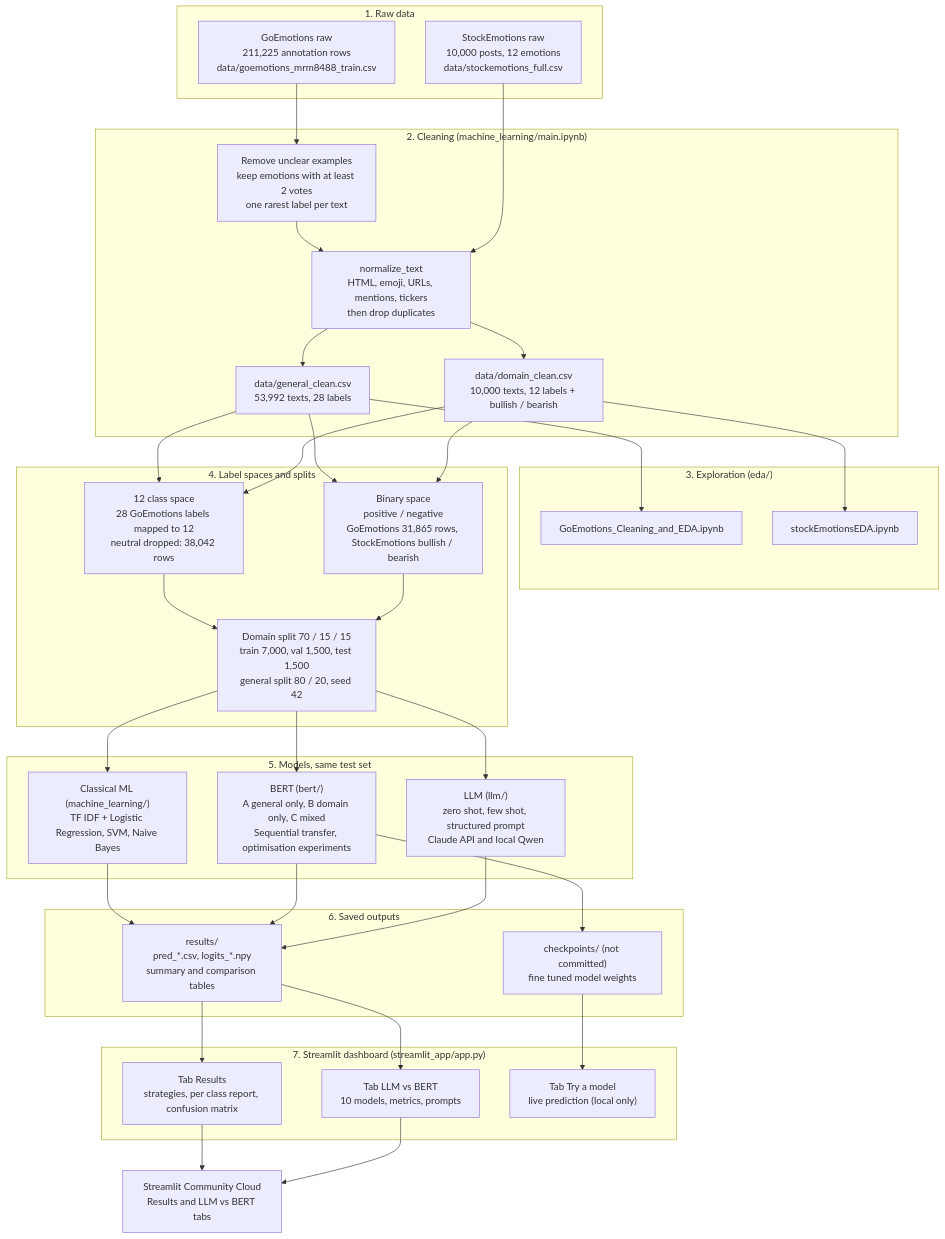
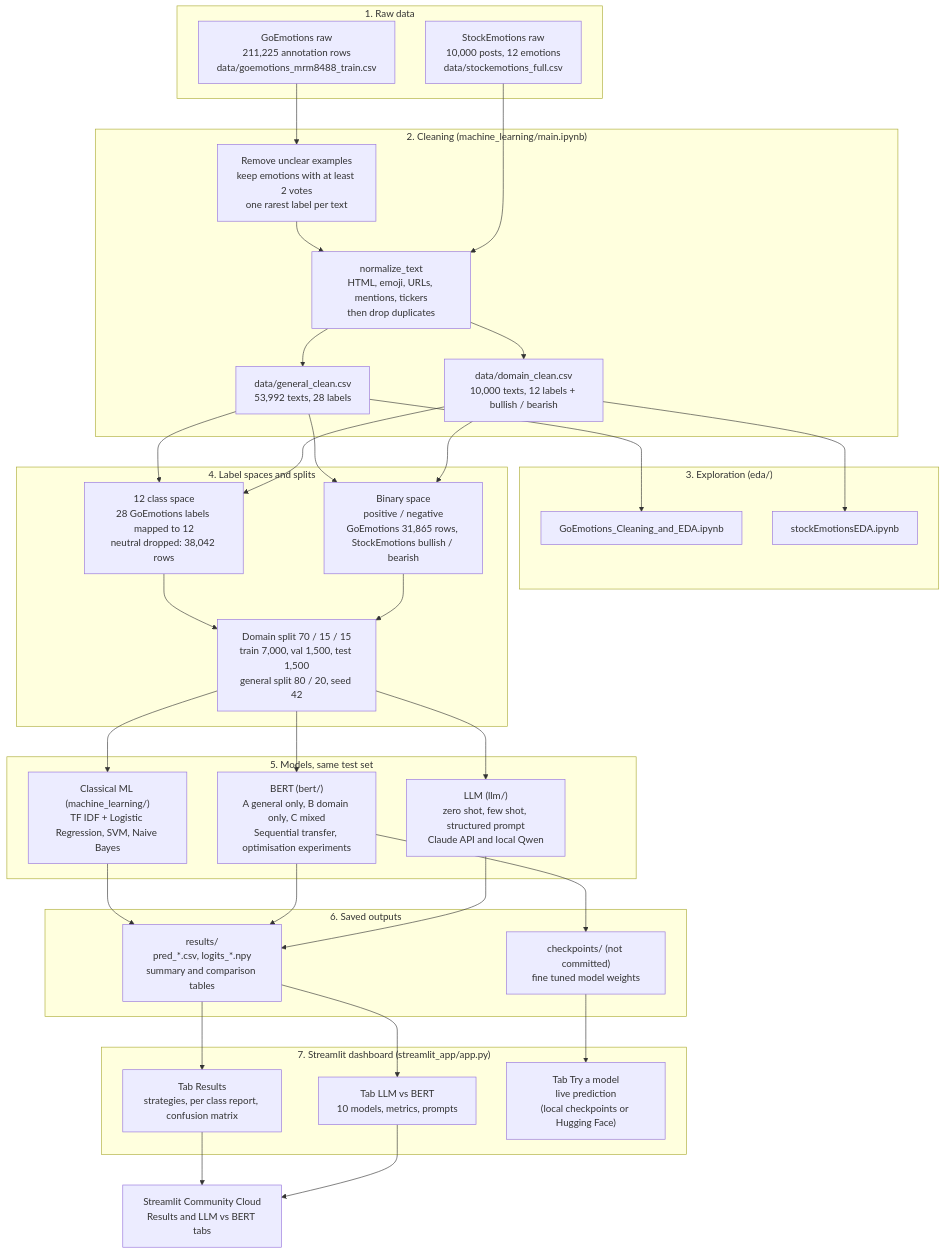
Before and after one commit to Tony-Le-Swin/Technology-Design-Project: the diagram in README.md, drawn with Mermaid. The commit also changed other lines of this file and 2 other files, not shown here.

````diff
--- a/README.md
+++ b/README.md
@@ -18,69 +18,69 @@
 ```mermaid
 flowchart TD
     subgraph RAW["1. Raw data"]
         G0["GoEmotions raw<br/>211,225 annotation rows<br/>data/goemotions_mrm8488_train.csv"]
         D0["StockEmotions raw<br/>10,000 posts, 12 emotions<br/>data/stockemotions_full.csv"]
     end
 
     subgraph CLEAN["2. Cleaning (machine_learning/main.ipynb)"]
         C1["Remove unclear examples<br/>keep emotions with at least 2 votes<br/>one rarest label per text"]
         C2["normalize_text<br/>HTML, emoji, URLs, mentions, tickers<br/>then drop duplicates"]
         G1["data/general_clean.csv<br/>53,992 texts, 28 labels"]
         D1["data/domain_clean.csv<br/>10,000 texts, 12 labels + bullish / bearish"]
     end
 
     subgraph EDA["3. Exploration (eda/)"]
         E1["GoEmotions_Cleaning_and_EDA.ipynb"]
         E2["stockEmotionsEDA.ipynb"]
     end
 
     subgraph PREP["4. Label spaces and splits"]
         L12["12 class space<br/>28 GoEmotions labels mapped to 12<br/>neutral dropped: 38,042 rows"]
         LB["Binary space<br/>positive / negative<br/>GoEmotions 31,865 rows, StockEmotions bullish / bearish"]
         SP["Domain split 70 / 15 / 15<br/>train 7,000, val 1,500, test 1,500<br/>general split 80 / 20, seed 42"]
     end
 
     subgraph MODELS["5. Models, same test set"]
         ML["Classical ML (machine_learning/)<br/>TF IDF + Logistic Regression, SVM, Naive Bayes"]
         BERT["BERT (bert/)<br/>A general only, B domain only, C mixed<br/>Sequential transfer, optimisation experiments"]
         LLM["LLM (llm/)<br/>zero shot, few shot, structured prompt<br/>Claude API and local Qwen"]
     end
 
     subgraph OUT["6. Saved outputs"]
         R["results/<br/>pred_*.csv, logits_*.npy<br/>summary and comparison tables"]
         CK["checkpoints/ (not committed)<br/>fine tuned model weights"]
     end
 
     subgraph APP["7. Streamlit dashboard (streamlit_app/app.py)"]
         T1["Tab Results<br/>strategies, per class report, confusion matrix"]
         T2["Tab LLM vs BERT<br/>10 models, metrics, prompts"]
-        T3["Tab Try a model<br/>live prediction (local only)"]
+        T3["Tab Try a model<br/>live prediction<br/>(local checkpoints or Hugging Face)"]
     end
 
     DEP["Streamlit Community Cloud<br/>Results and LLM vs BERT tabs"]
 
     G0 --> C1 --> C2
     D0 --> C2
     C2 --> G1
     C2 --> D1
     G1 --> E1
     D1 --> E2
     G1 --> L12
     G1 --> LB
     D1 --> L12
     D1 --> LB
     L12 --> SP
     LB --> SP
     SP --> ML
     SP --> BERT
     SP --> LLM
     ML --> R
     BERT --> R
     BERT --> CK
     LLM --> R
     R --> T1
     R --> T2
     CK --> T3
     T1 --> DEP
     T2 --> DEP
 ```
````
